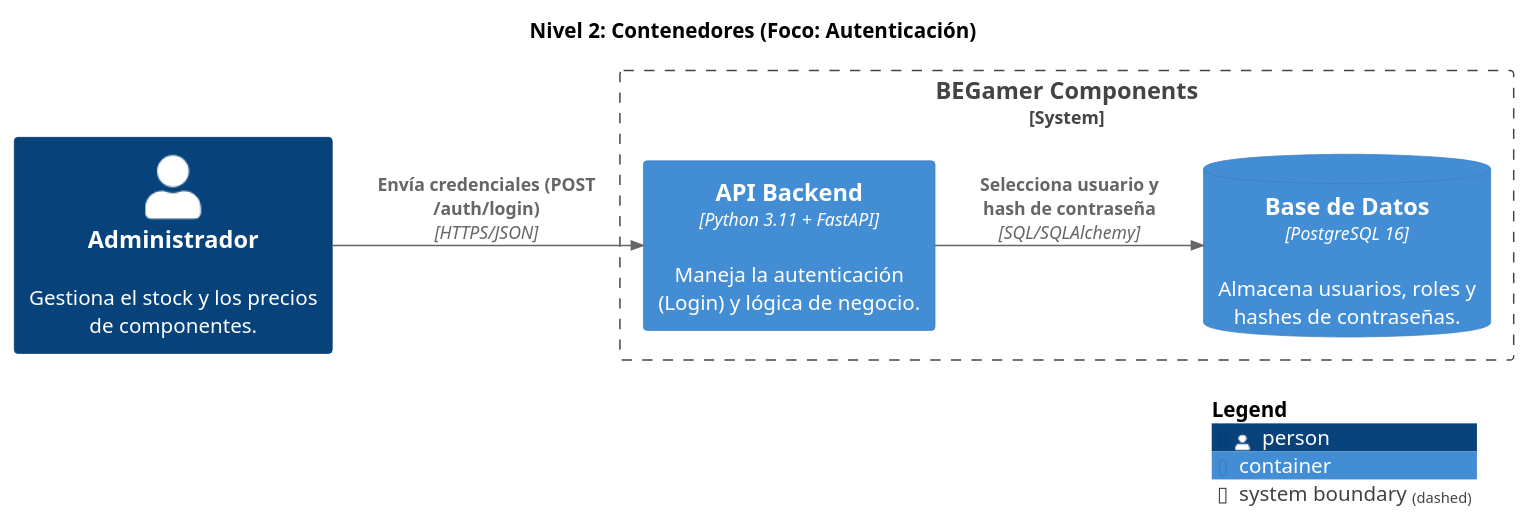
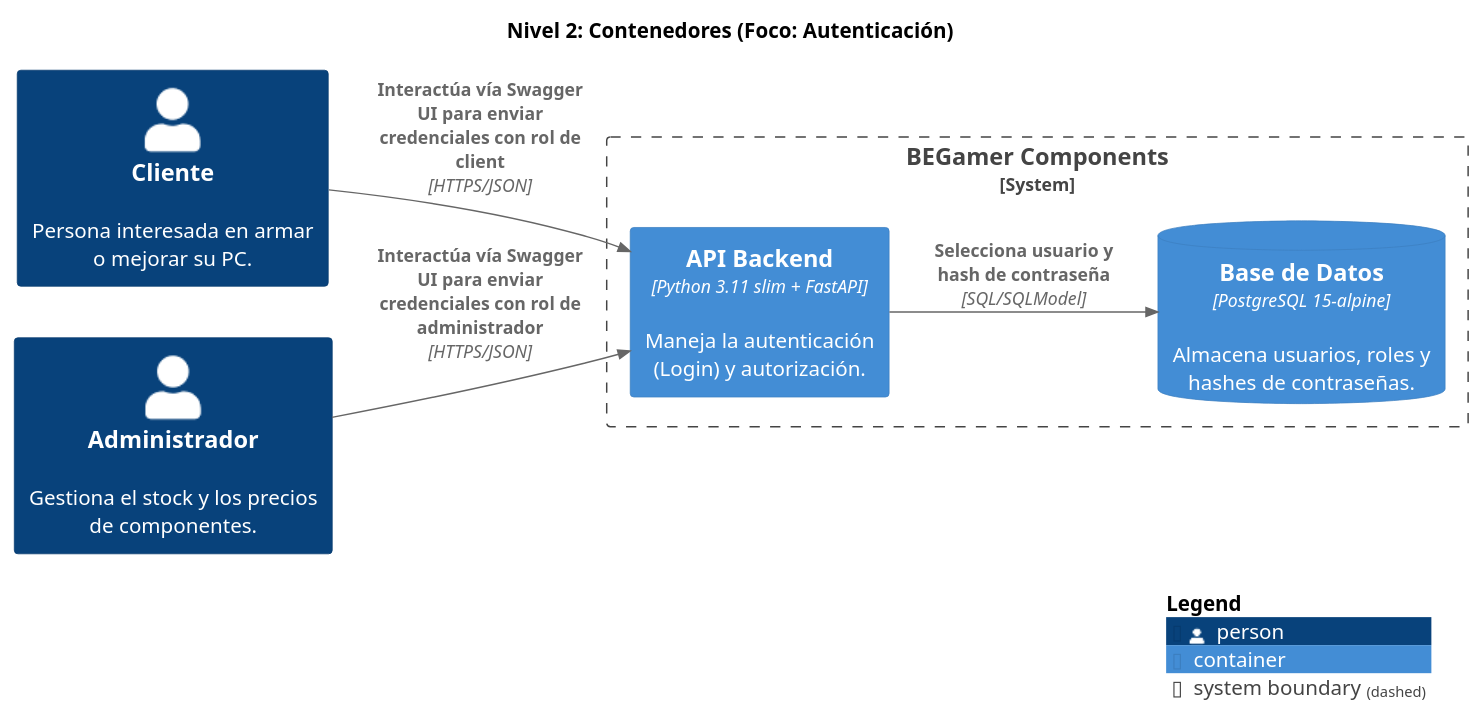
The diagram in master/puml/Contenedores.puml (BruizN/BEGAMER-PC-COMPONENTS), drawn with PlantUML before and after one commit. The commit also changed 14 other files, not shown here.

```diff
--- a/master/puml/Contenedores.puml
+++ b/master/puml/Contenedores.puml
@@ -1,22 +1,24 @@
 @startuml
 set separator none
 title Nivel 2: Contenedores (Foco: Autenticación)
 
 left to right direction
 
 !include <C4/C4>
 !include <C4/C4_Context>
 !include <C4/C4_Container>
 
+Person(Cliente, "Cliente", $descr="Persona interesada en armar o mejorar su PC.", $tags="", $link="")
 Person(Administrador, "Administrador", $descr="Gestiona el stock y los precios de componentes.", $tags="", $link="")
 
 System_Boundary("BEGamerComponents_boundary", "BEGamer Components", $tags="") {
-  Container(BEGamerComponents.APIBackend, "API Backend", $techn="Python 3.11 + FastAPI", $descr="Maneja la autenticación (Login) y lógica de negocio.", $tags="", $link="")
-  ContainerDb(BEGamerComponents.BasedeDatos, "Base de Datos", $techn="PostgreSQL 16", $descr="Almacena usuarios, roles y hashes de contraseñas.", $tags="", $link="")
+  Container(BEGamerComponents.APIBackend, "API Backend", $techn="Python 3.11 slim + FastAPI", $descr="Maneja la autenticación (Login) y autorización.", $tags="", $link="")
+  ContainerDb(BEGamerComponents.BasedeDatos, "Base de Datos", $techn="PostgreSQL 15-alpine", $descr="Almacena usuarios, roles y hashes de contraseñas.", $tags="", $link="")
 }
 
-Rel(Administrador, BEGamerComponents.APIBackend, "Envía credenciales (POST /auth/login)", $techn="HTTPS/JSON", $tags="", $link="")
-Rel(BEGamerComponents.APIBackend, BEGamerComponents.BasedeDatos, "Selecciona usuario y hash de contraseña", $techn="SQL/SQLAlchemy", $tags="", $link="")
+Rel(Administrador, BEGamerComponents.APIBackend, "Interactúa vía Swagger UI para enviar credenciales con rol de administrador", $techn="HTTPS/JSON", $tags="", $link="")
+Rel(Cliente, BEGamerComponents.APIBackend, "Interactúa vía Swagger UI para enviar credenciales con rol de client", $techn="HTTPS/JSON", $tags="", $link="")
+Rel(BEGamerComponents.APIBackend, BEGamerComponents.BasedeDatos, "Selecciona usuario y hash de contraseña", $techn="SQL/SQLModel", $tags="", $link="")
 
 SHOW_LEGEND(true)
 @enduml
```
